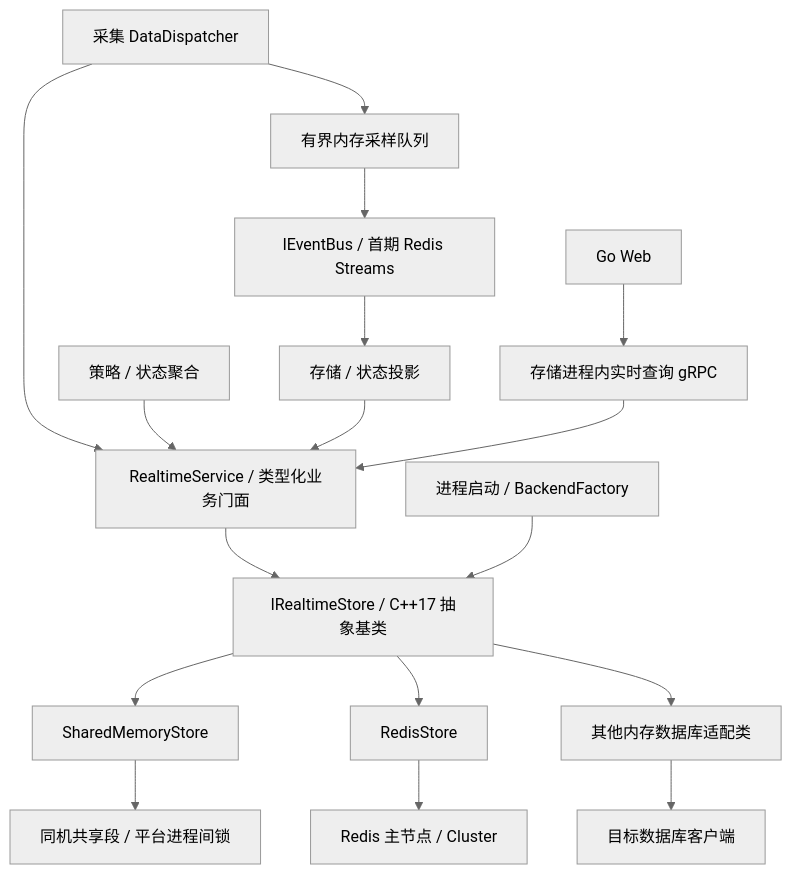
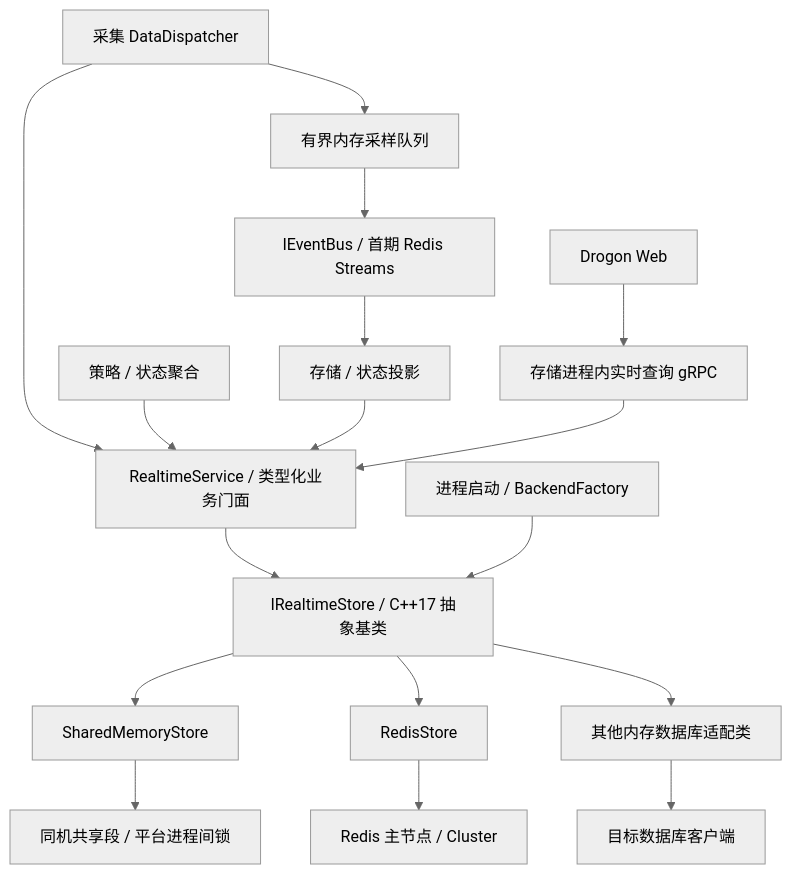
One commit to 600888/ems changed the first of 2 diagrams in docs/common/realtime/access-design.md. Above: the diagram before and after it, drawn with Mermaid (neutral theme). The commit also changed other lines of this file and 188 other files, not shown here.

````diff
--- a/docs/common/realtime/access-design.md
+++ b/docs/common/realtime/access-design.md
@@ -48,19 +48,19 @@
 ```mermaid
 flowchart TB
     Collector[采集 DataDispatcher] --> Service[RealtimeService / 类型化业务门面]
     Strategy[策略 / 状态聚合] --> Service
     Storage[存储 / 状态投影] --> Service
     Service --> Contract[IRealtimeStore / C++17 抽象基类]
     Factory[进程启动 / BackendFactory] --> Contract
     Contract --> Shm[SharedMemoryStore]
     Contract --> Redis[RedisStore]
     Contract --> Other[其他内存数据库适配类]
     Shm --> Segment[同机共享段 / 平台进程间锁]
     Redis --> Server[Redis 主节点 / Cluster]
     Other --> Engine[目标数据库客户端]
     Collector --> Buffer[有界内存采样队列]
     Buffer --> Bus[IEventBus / 首期 Redis Streams]
     Bus --> Storage
-    Go[Go Web] --> Gateway[存储进程内实时查询 gRPC]
+    Web[Drogon Web] --> Gateway[存储进程内实时查询 gRPC]
     Gateway --> Service
 ```
````
